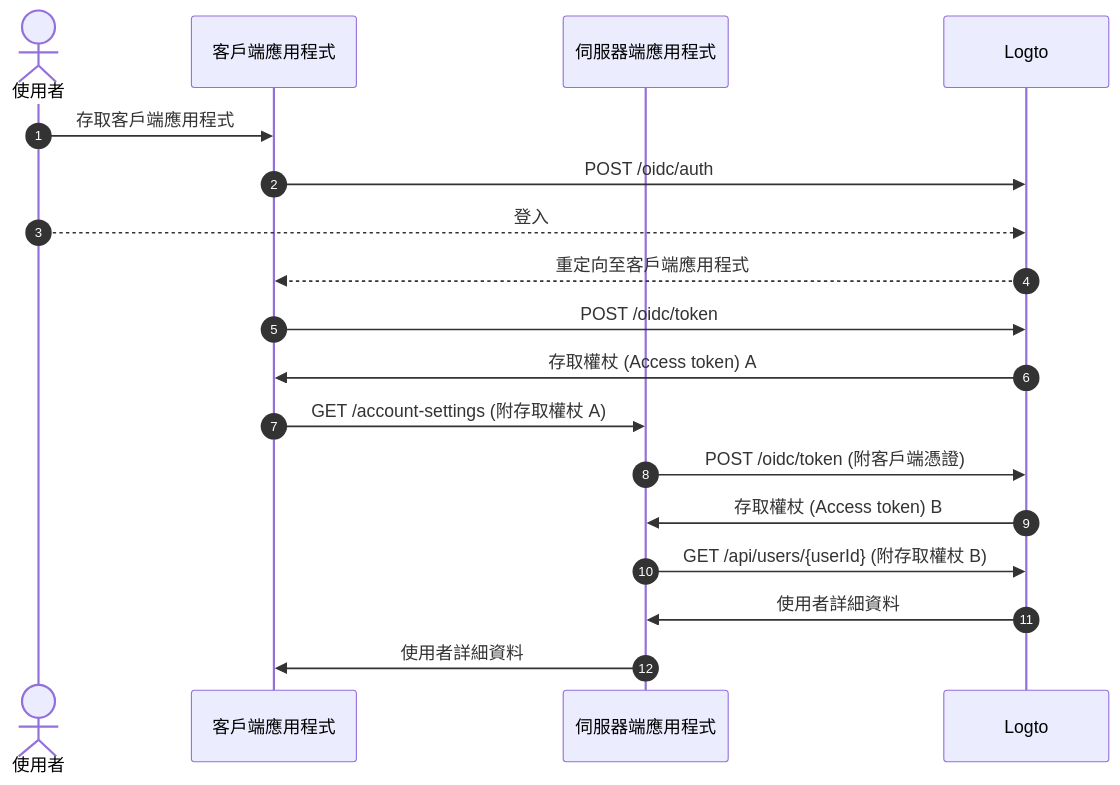
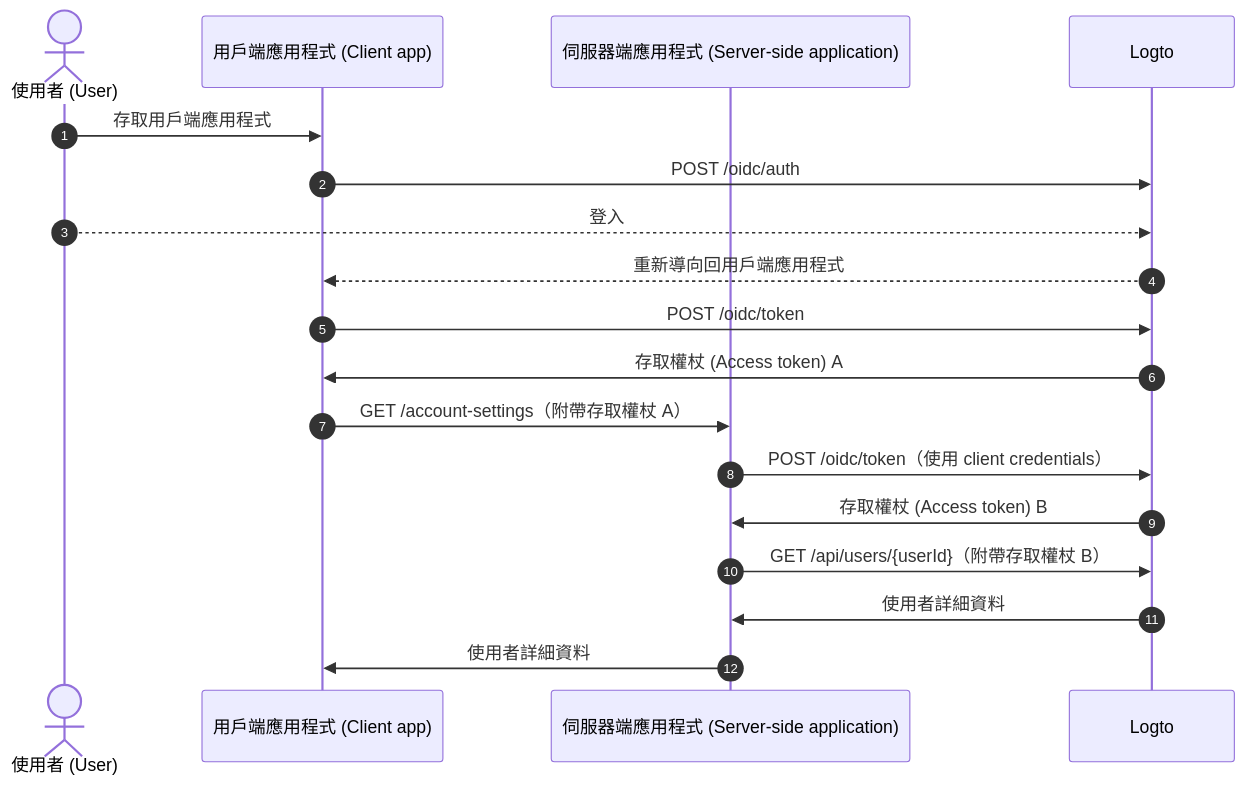
One commit to logto-io/docs changed the second of 3 diagrams in i18n/zh-TW/docusaurus-plugin-content-docs/current/end-user-flows/account-settings/by-management-api.mdx. Above: the diagram before and after it, drawn with Mermaid. The commit also changed other lines of this file and 7 other files, not shown here.

````diff
--- a/i18n/zh-TW/docusaurus-plugin-content-docs/current/end-user-flows/account-settings/by-management-api.mdx
+++ b/i18n/zh-TW/docusaurus-plugin-content-docs/current/end-user-flows/account-settings/by-management-api.mdx
@@ -27,21 +27,21 @@
 ```mermaid
   sequenceDiagram
     autonumber
-    actor User as 使用者
-    participant Client as 客戶端應用程式
-    participant Server as 伺服器端應用程式
+    actor User as 使用者 (User)
+    participant Client as 用戶端應用程式 (Client app)
+    participant Server as 伺服器端應用程式 (Server-side application)
     participant Logto as Logto
 
-    User ->> Client: 存取客戶端應用程式
+    User ->> Client: 存取用戶端應用程式
     Client ->> Logto: POST /oidc/auth
     User -->> Logto: 登入
-    Logto -->> Client: 重定向至客戶端應用程式
+    Logto -->> Client: 重新導向回用戶端應用程式
     Client ->> Logto: POST /oidc/token
     Logto ->> Client: 存取權杖 (Access token) A
-    Client ->> Server: GET /account-settings (附存取權杖 A)
-    Server ->> Logto: POST /oidc/token (附客戶端憑證)
+    Client ->> Server: GET /account-settings（附帶存取權杖 A）
+    Server ->> Logto: POST /oidc/token（使用 client credentials）
     Logto ->> Server: 存取權杖 (Access token) B
-    Server ->> Logto: GET /api/users/{userId} (附存取權杖 B)
+    Server ->> Logto: GET /api/users/{userId}（附帶存取權杖 B）
     Logto ->> Server: 使用者詳細資料
     Server ->> Client: 使用者詳細資料
 ```
````
